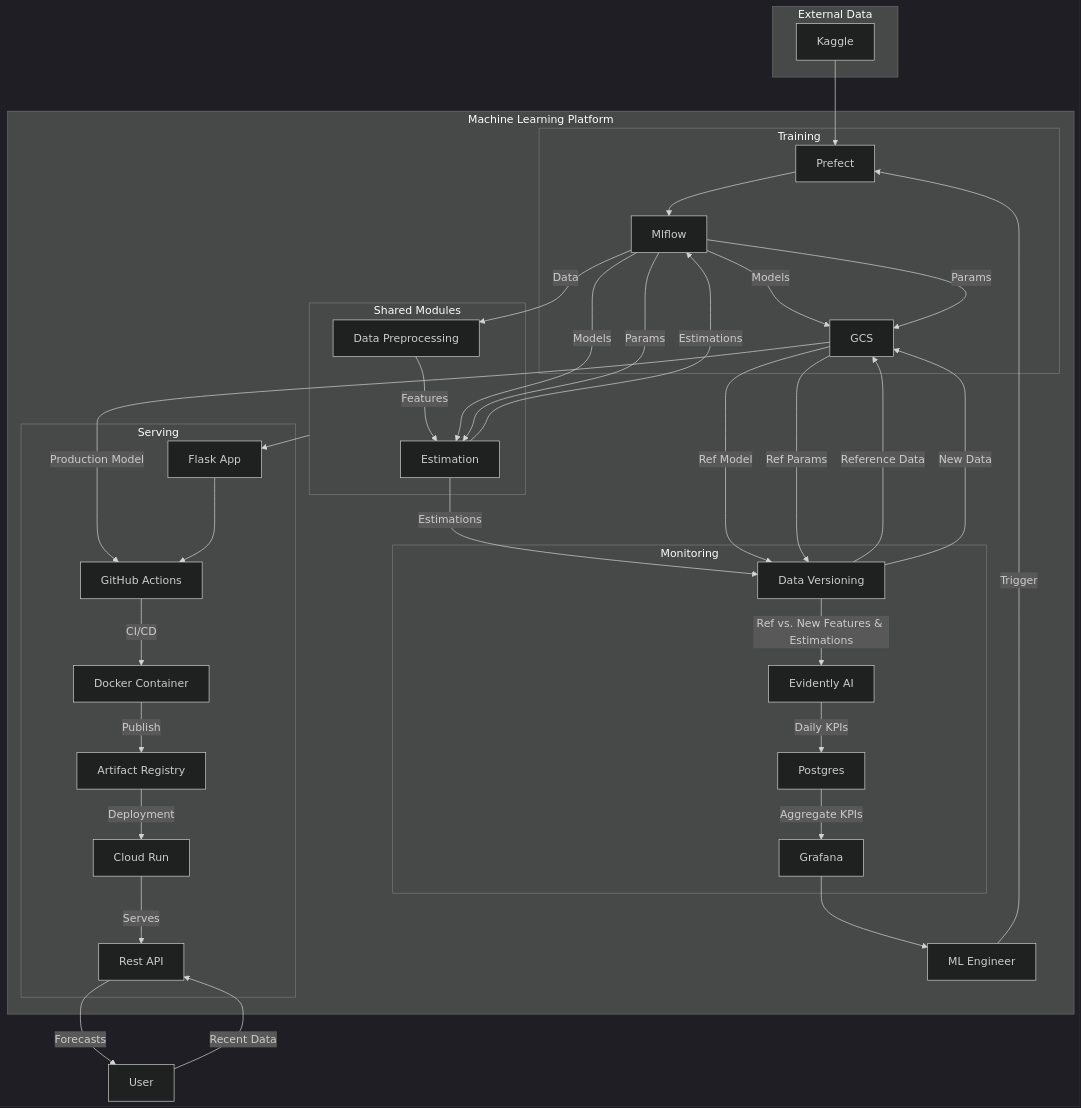
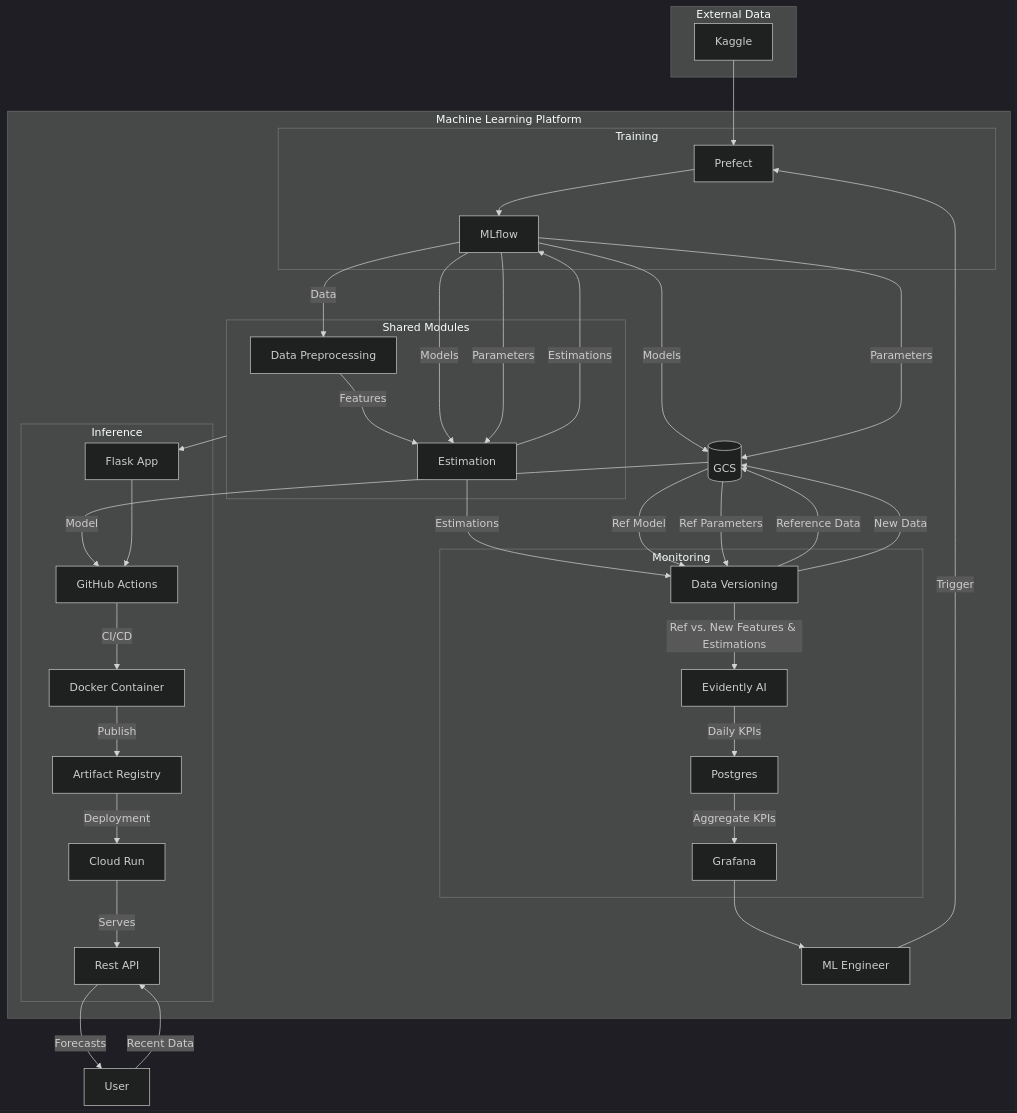
The diagram in README.md (OnurKerimoglu/stocks_forecasting_live), drawn with Mermaid before and after one commit. The commit also changed other lines of this file, not shown here.

Commit message:
readme: tightened wording

````diff
--- a/README.md
+++ b/README.md
@@ -44,68 +44,68 @@
 ```mermaid
 ---
 config:
   layout: dagre
   look: classic
   theme: dark
 ---
  flowchart TB
  subgraph Ext["External Data"]
         DSource["Kaggle"]
   end
  subgraph Shared["Shared Modules"]
         DataPP["Data Preprocessing"]
         Predictor["Estimation"]
   end
  subgraph Training["Training"]
-        MlDl["GCS"]
         Pr["Prefect"]
-        Mlf["Mlflow"]
+        Mlf["MLflow"]
   end
- subgraph Serving["Serving"]
+ subgraph Serving["Inference"]
         GHA["GitHub Actions"]
         Flask["Flask App"]
         AR["Artifact Registry"]
         CE["Cloud Run"]
         RAPI["Rest API"]
         Container["Docker Container"]
   end
  subgraph Monitoring["Monitoring"]
         DV["Data Versioning"]
         Ev["Evidently AI"]
         Mdashboards["Grafana"]
         DB["Postgres"]
   end
  subgraph MLPl["Machine Learning Platform"]
         MLE["ML Engineer"]
+        MlDl[("GCS")]
         Shared
         Training
         Serving
         Monitoring
   end
     DSource --> Pr
     DataPP -- Features --> Predictor
     Predictor -- Estimations --> Mlf
     Predictor-- Estimations --> DV
     Shared --> Flask
     Pr --> Mlf
     Mlf -- Models --> MlDl & Predictor
-    Mlf -- Params --> MlDl & Predictor
+    Mlf -- Parameters --> MlDl & Predictor
     Mlf -- Data --> DataPP
-    MlDl -- Production Model --> GHA
+    MlDl -- Model --> GHA
     Flask --> GHA
     GHA -- CI/CD --> Container
     Container -- Publish --> AR
     AR -- Deployment --> CE
     CE -- Serves --> RAPI
     MlDl -- Ref Model --> DV
-    MlDl -- Ref Params --> DV
+    MlDl -- Ref Parameters --> DV
     DV -- Reference Data --> MlDl
     DV -- New Data --> MlDl
     DV -- Ref vs. New Features & Estimations --> Ev
     Ev -- Daily KPIs --> DB
     DB -- Aggregate KPIs --> Mdashboards
     MLE -- Trigger --> Pr
     Mdashboards --> MLE
     User -- Recent Data --> RAPI
     RAPI -- Forecasts --> User
 ```
````
